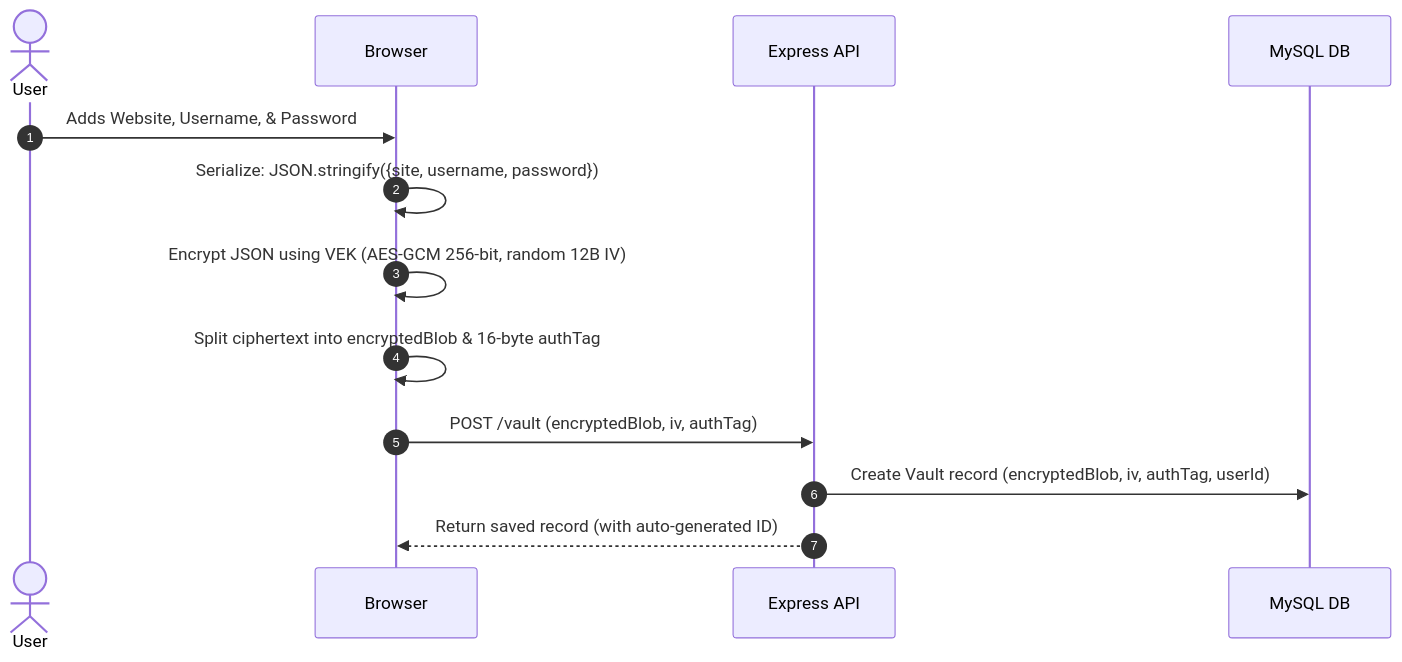
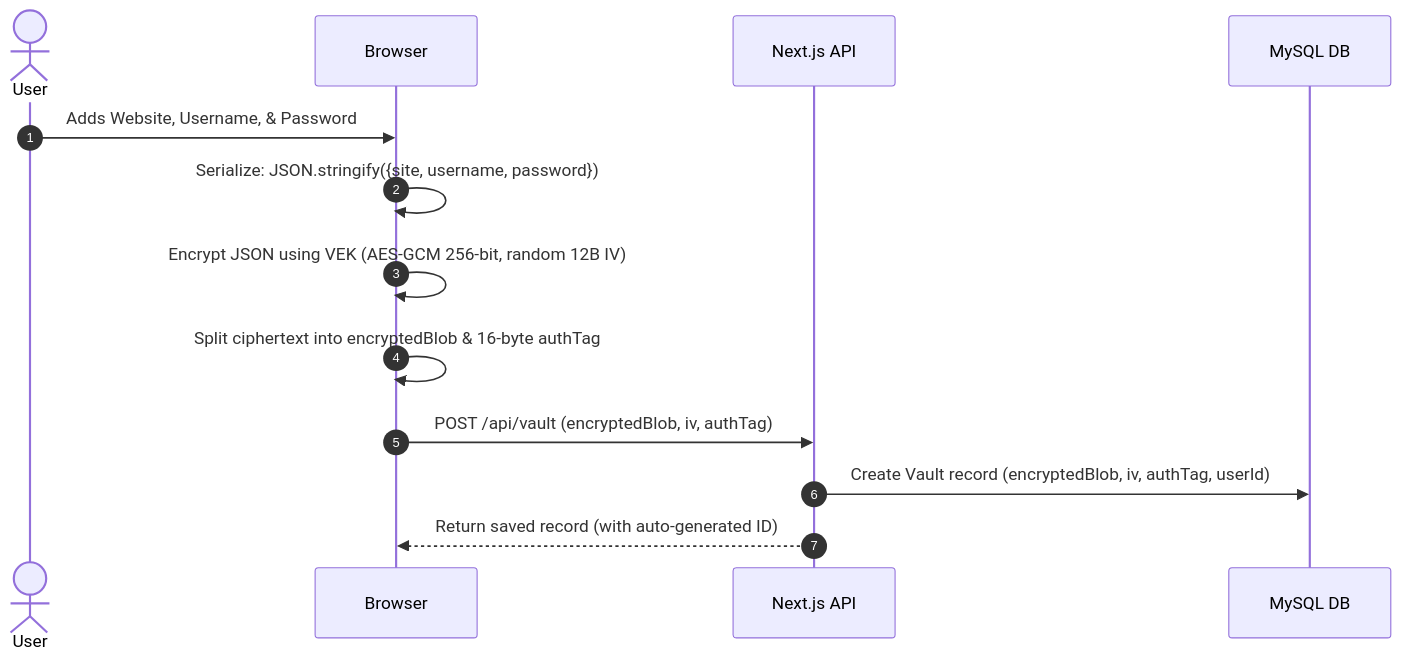
Before and after one commit to Ad1tya244/ZK-Password-Manager: the third of 4 diagrams in ZK password manager.md, drawn with Mermaid. The commit also changed other lines of this file, not shown here.

````diff
--- a/ZK password manager.md
+++ b/ZK password manager.md
@@ -199,16 +198,16 @@
 ```mermaid
 sequenceDiagram
     autonumber
     actor User
     participant Browser
-    participant API as Express API
+    participant API as Next.js API
     participant DB as MySQL DB
 
     User->>Browser: Adds Website, Username, & Password
     Browser->>Browser: Serialize: JSON.stringify({site, username, password})
     Browser->>Browser: Encrypt JSON using VEK (AES-GCM 256-bit, random 12B IV)
     Browser->>Browser: Split ciphertext into encryptedBlob & 16-byte authTag
-    Browser->>API: POST /vault (encryptedBlob, iv, authTag)
+    Browser->>API: POST /api/vault (encryptedBlob, iv, authTag)
     API->>DB: Create Vault record (encryptedBlob, iv, authTag, userId)
     API-->>Browser: Return saved record (with auto-generated ID)
 ```
````
